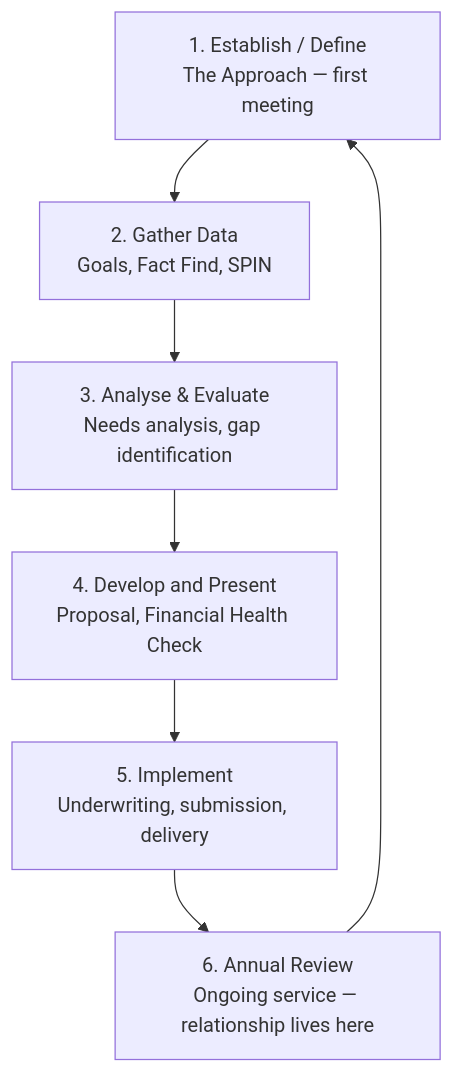
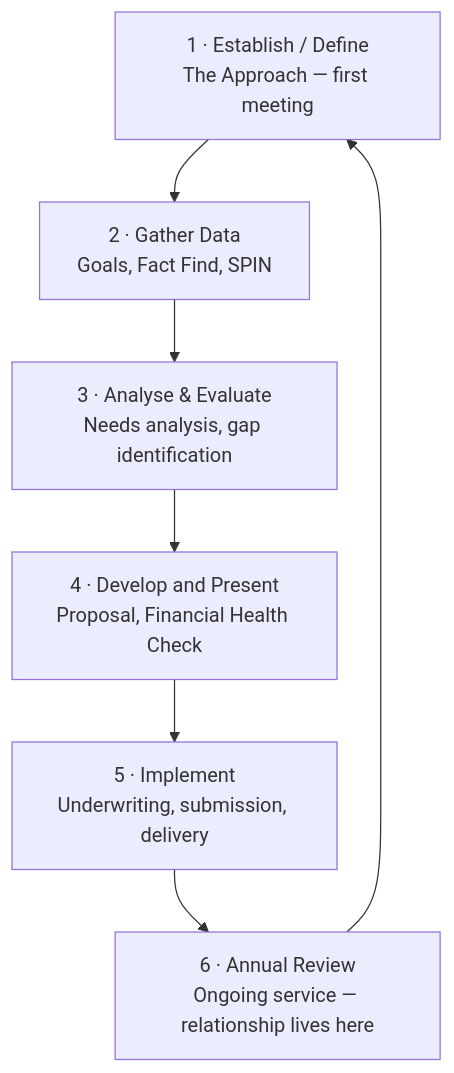
One commit to leotansingapore/aia-product-compass-hub changed the first of 3 diagrams in docs/first-60-days/week-7/day-37.md. Above: the diagram before and after it, drawn with Mermaid. The commit also changed 7 other files, not shown here.

Commit message:
Mermaid diagrams on days 6, 37, 45, 51, 54, 58, 59, 60 now render — numeric list prefixes and dense calendar labels were triggering strict-mode rejections

````diff
--- a/docs/first-60-days/week-7/day-37.md
+++ b/docs/first-60-days/week-7/day-37.md
@@ -31,10 +31,10 @@
 ```mermaid
 flowchart TD
-    A["1. Establish / Define<br/>The Approach — first meeting"]
-    B["2. Gather Data<br/>Goals, Fact Find, SPIN"]
-    C["3. Analyse & Evaluate<br/>Needs analysis, gap identification"]
-    D["4. Develop and Present<br/>Proposal, Financial Health Check"]
-    E["5. Implement<br/>Underwriting, submission, delivery"]
-    F["6. Annual Review<br/>Ongoing service — relationship lives here"]
+    A["1 · Establish / Define<br/>The Approach — first meeting"]
+    B["2 · Gather Data<br/>Goals, Fact Find, SPIN"]
+    C["3 · Analyse & Evaluate<br/>Needs analysis, gap identification"]
+    D["4 · Develop and Present<br/>Proposal, Financial Health Check"]
+    E["5 · Implement<br/>Underwriting, submission, delivery"]
+    F["6 · Annual Review<br/>Ongoing service — relationship lives here"]
     A --> B --> C --> D --> E --> F --> A
 ```
````
